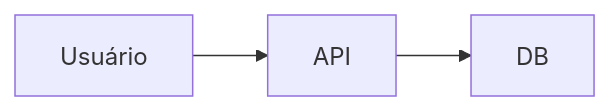
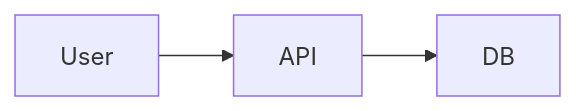
The diagram in domains/engineering/templates/tech-spec-template.md (laionazeredo/che-ai), drawn with Mermaid before and after one commit. The commit also changed other lines of this file and 97 other files, not shown here.

````diff
--- a/domains/engineering/templates/tech-spec-template.md
+++ b/domains/engineering/templates/tech-spec-template.md
@@ -40,6 +40,6 @@
 ```mermaid
-%% Desenhar: components, edges, data flow
+%% Draw: components, edges, data flow
 flowchart LR
-  A[Usuário] --> B[API]
+  A[User] --> B[API]
   B --> C[DB]
 ```
````
